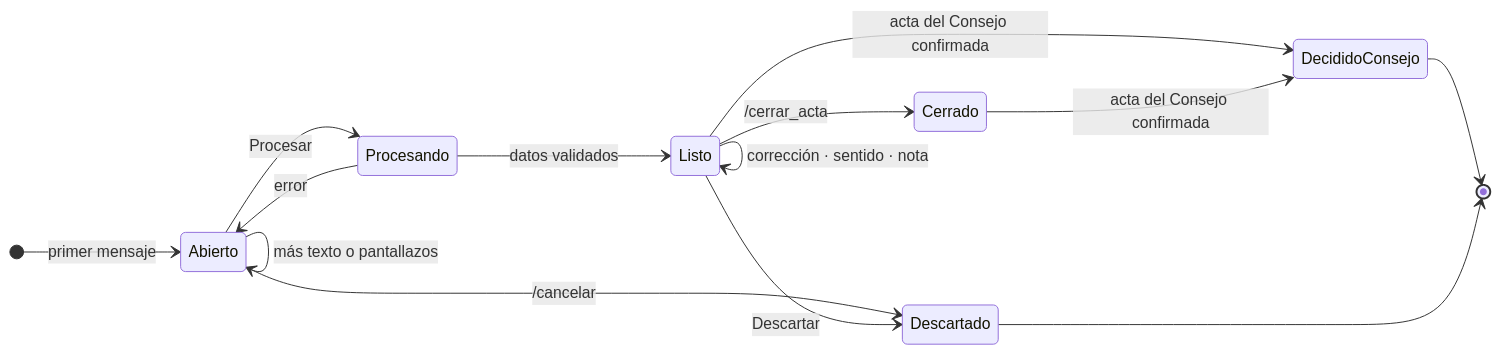
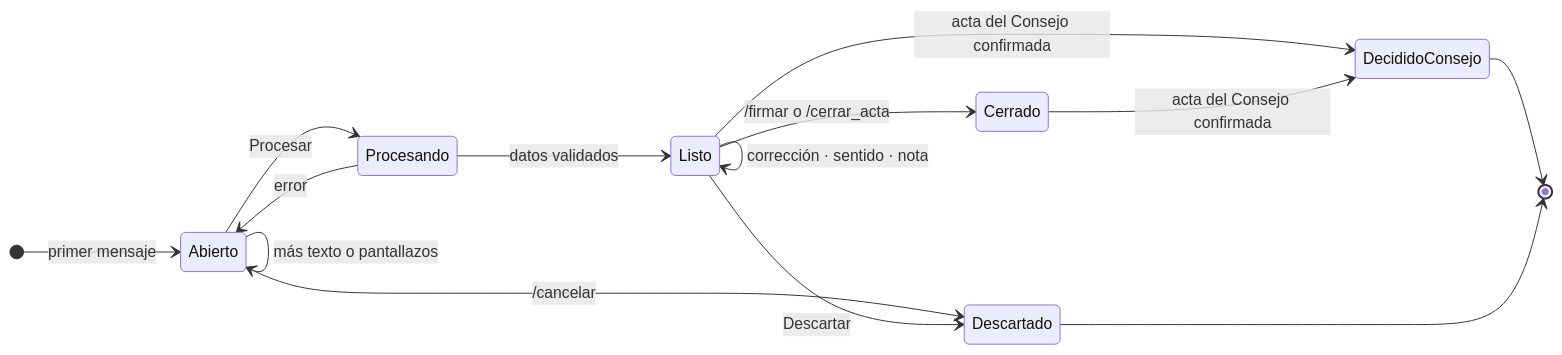
The second of 2 diagrams in README.md (cmorregof/fcen_bot), drawn with Mermaid before and after one commit. The commit also changed other lines of this file and 13 other files, not shown here.

First line of the commit message:
Firma del oficio y del acta: /firmar en el bot y «Firmar…» en la web

````diff
--- a/README.md
+++ b/README.md
@@ -66,17 +67,17 @@
 ```mermaid
 stateDiagram-v2
     direction LR
     [*] --> Abierto: primer mensaje
     Abierto --> Abierto: más texto o pantallazos
     Abierto --> Procesando: Procesar
     Procesando --> Abierto: error
     Procesando --> Listo: datos validados
     Listo --> Listo: corrección · sentido · nota
-    Listo --> Cerrado: /cerrar_acta
+    Listo --> Cerrado: /firmar o /cerrar_acta
     Listo --> DecididoConsejo: acta del Consejo confirmada
     Cerrado --> DecididoConsejo: acta del Consejo confirmada
     Abierto --> Descartado: /cancelar
     Listo --> Descartado: Descartar
     DecididoConsejo --> [*]
     Descartado --> [*]
 ```
````
